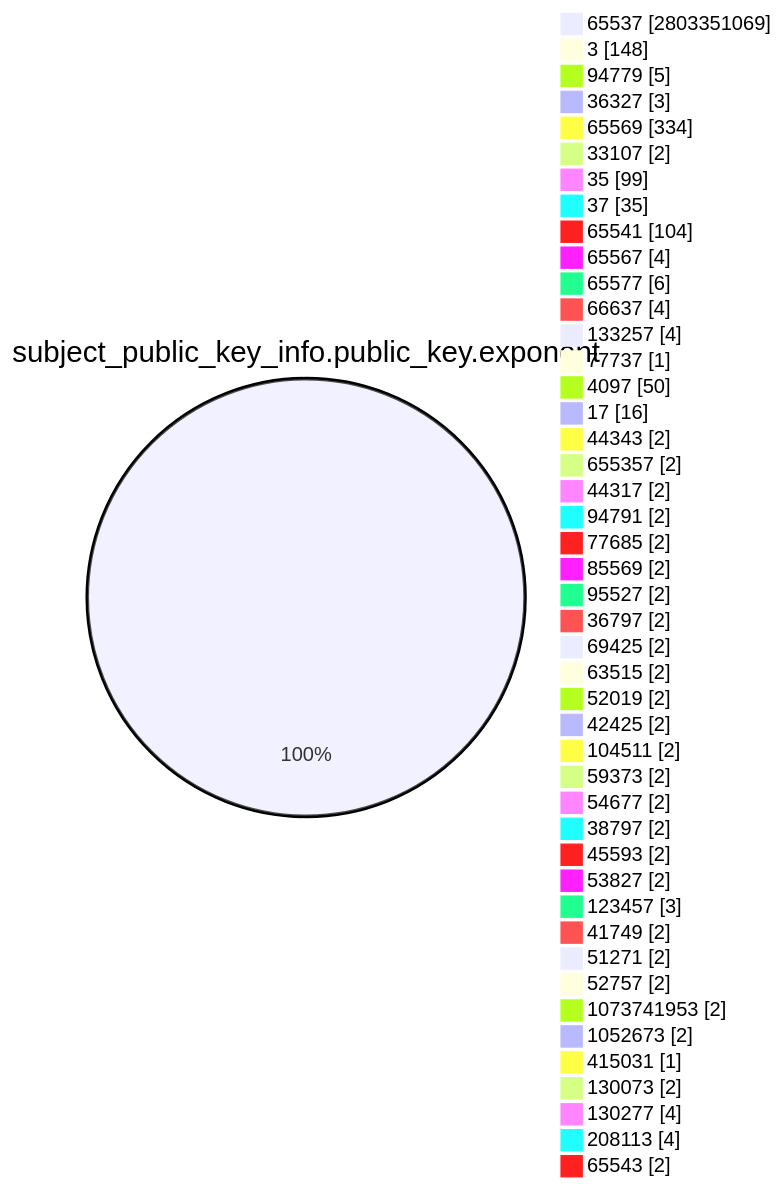
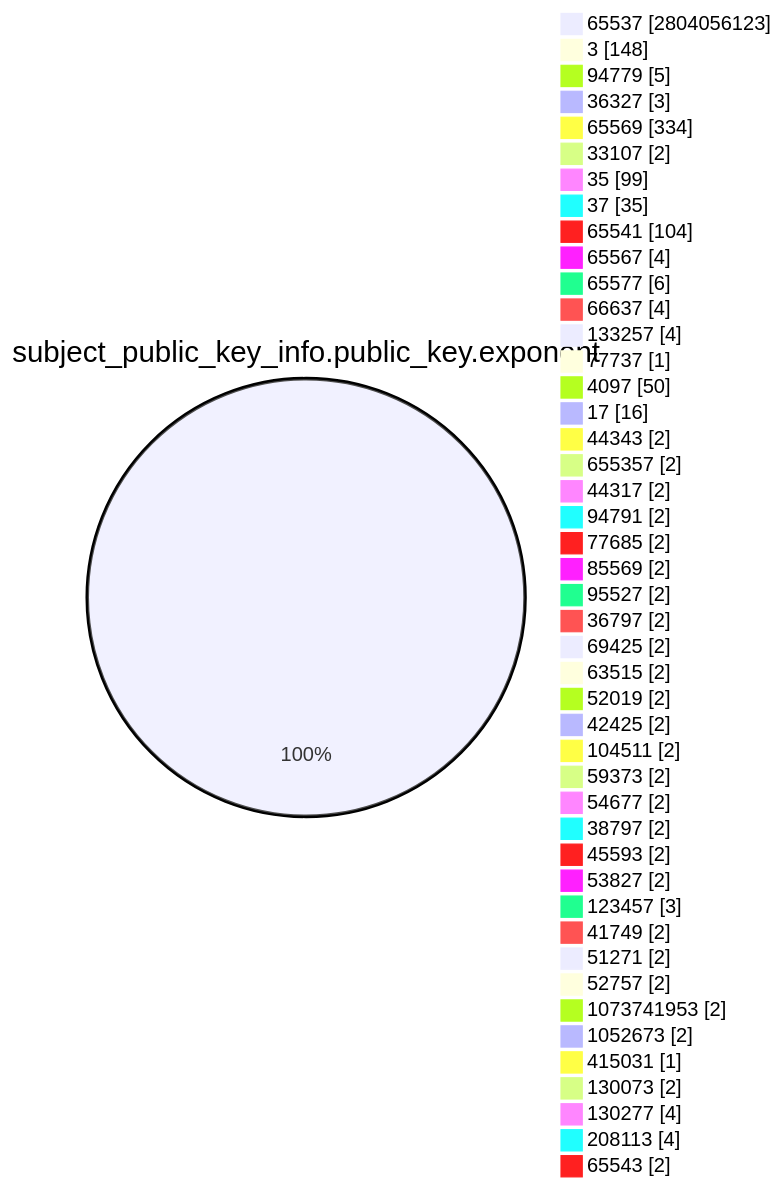
The fourth of 15 diagrams in TOTAL/README.md (christiankrug/ctmonitor_visualization), drawn with Mermaid before and after one commit. The commit also changed other lines of this file, not shown here.

````diff
--- a/TOTAL/README.md
+++ b/TOTAL/README.md
@@ -1467,49 +1467,49 @@
 ```mermaid
 pie showData
 title subject_public_key_info.public_key.exponent
-"65537" :2803351069
+"65537" :2804056123
 "3" :148
 "94779" :5
 "36327" :3
 "65569" :334
 "33107" :2
 "35" :99
 "37" :35
 "65541" :104
 "65567" :4
 "65577" :6
 "66637" :4
 "133257" :4
 "77737" :1
 "4097" :50
 "17" :16
 "44343" :2
 "655357" :2
 "44317" :2
 "94791" :2
 "77685" :2
 "85569" :2
 "95527" :2
 "36797" :2
 "69425" :2
 "63515" :2
 "52019" :2
 "42425" :2
 "104511" :2
 "59373" :2
 "54677" :2
 "38797" :2
 "45593" :2
 "53827" :2
 "123457" :3
 "41749" :2
 "51271" :2
 "52757" :2
 "1073741953" :2
 "1052673" :2
 "415031" :1
 "130073" :2
 "130277" :4
 "208113" :4
 "65543" :2
 ```
````
